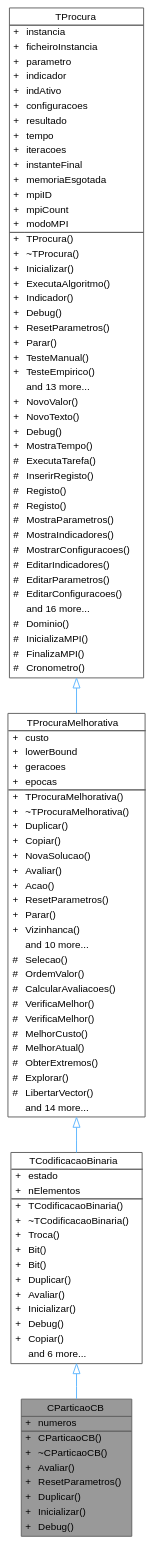
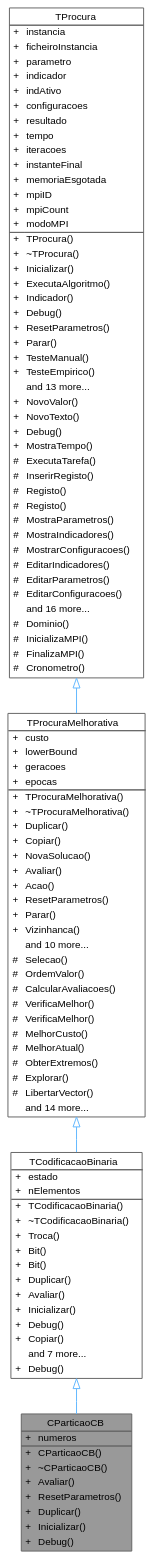
Before and after one commit to jcoelho72/TProcura: the diagram in classCParticaoCB__inherit__graph.dot, drawn with Graphviz. The commit also changed 265 other files, not shown here.

```diff
--- a/classCParticaoCB__inherit__graph.dot
+++ b/classCParticaoCB__inherit__graph.dot
@@ -33,7 +33,8 @@
 <TR><TD VALIGN="top" CELLPADDING="1" CELLSPACING="0">+</TD><TD VALIGN="top" ALIGN="LEFT" CELLPADDING="1" CELLSPACING="0">Inicializar()<BR ALIGN="LEFT"/></TD></TR>
 <TR><TD VALIGN="top" CELLPADDING="1" CELLSPACING="0">+</TD><TD VALIGN="top" ALIGN="LEFT" CELLPADDING="1" CELLSPACING="0">Debug()<BR ALIGN="LEFT"/></TD></TR>
 <TR><TD VALIGN="top" CELLPADDING="1" CELLSPACING="0">+</TD><TD VALIGN="top" ALIGN="LEFT" CELLPADDING="1" CELLSPACING="0">Copiar()<BR ALIGN="LEFT"/></TD></TR>
-<TR><TD VALIGN="top" CELLPADDING="1" CELLSPACING="0"></TD><TD VALIGN="top" ALIGN="LEFT" CELLPADDING="1" CELLSPACING="0">and 6 more...</TD></TR>
+<TR><TD VALIGN="top" CELLPADDING="1" CELLSPACING="0"></TD><TD VALIGN="top" ALIGN="LEFT" CELLPADDING="1" CELLSPACING="0">and 7 more...</TD></TR>
+<TR><TD VALIGN="top" CELLPADDING="1" CELLSPACING="0">+</TD><TD VALIGN="top" ALIGN="LEFT" CELLPADDING="1" CELLSPACING="0">Debug()<BR ALIGN="LEFT"/></TD></TR>
 </TABLE>>
 ,height=0.2,width=0.4,color="gray40", fillcolor="white", style="filled",URL="$classTCodificacaoBinaria.html",tooltip=" "];
   Node3 -> Node2 [id="edge5_Node000002_Node000003",dir="back",color="steelblue1",style="solid",tooltip=" ",arrowtail="onormal"];
```
